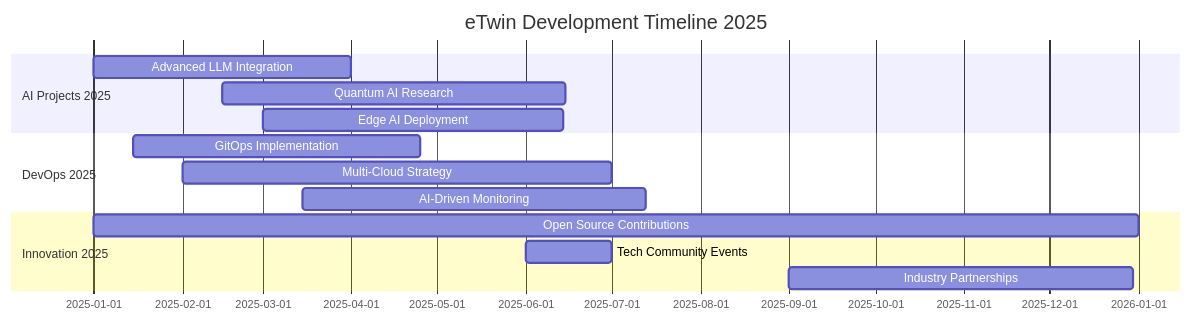
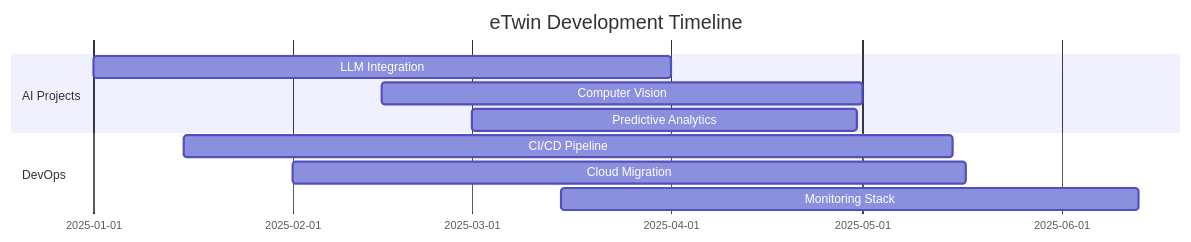
Before and after one commit to etwin-Technology/.github: the second of 2 diagrams in profile/README.md, drawn with Mermaid. The commit also changed other lines of this file, not shown here.

````diff
--- a/profile/README.md
+++ b/profile/README.md
@@ -174,17 +153,13 @@
 ```mermaid
 gantt
-    title eTwin Development Timeline 2025
+    title eTwin Development Timeline
     dateFormat  YYYY-MM-DD
-    section AI Projects 2025
-    Advanced LLM Integration      :2025-01-01, 90d
-    Quantum AI Research           :2025-02-15, 120d
-    Edge AI Deployment            :2025-03-01, 105d
-    section DevOps 2025
-    GitOps Implementation         :2025-01-15, 100d
-    Multi-Cloud Strategy          :2025-02-01, 150d
-    AI-Driven Monitoring          :2025-03-15, 120d
-    section Innovation 2025
-    Open Source Contributions     :2025-01-01, 365d
-    Tech Community Events         :2025-06-01, 30d
-    Industry Partnerships         :2025-09-01, 120d
+    section AI Projects
+    LLM Integration      :2025-01-01, 90d
+    Computer Vision      :2025-02-15, 75d
+    Predictive Analytics :2025-03-01, 60d
+    section DevOps
+    CI/CD Pipeline       :2025-01-15, 120d
+    Cloud Migration      :2025-02-01, 105d
+    Monitoring Stack     :2025-03-15, 90d
 ```
````
